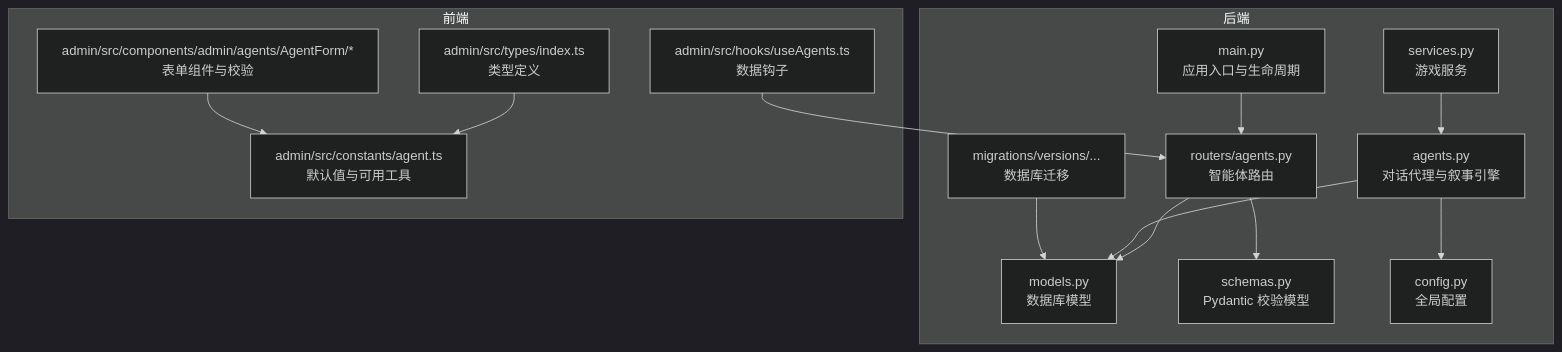
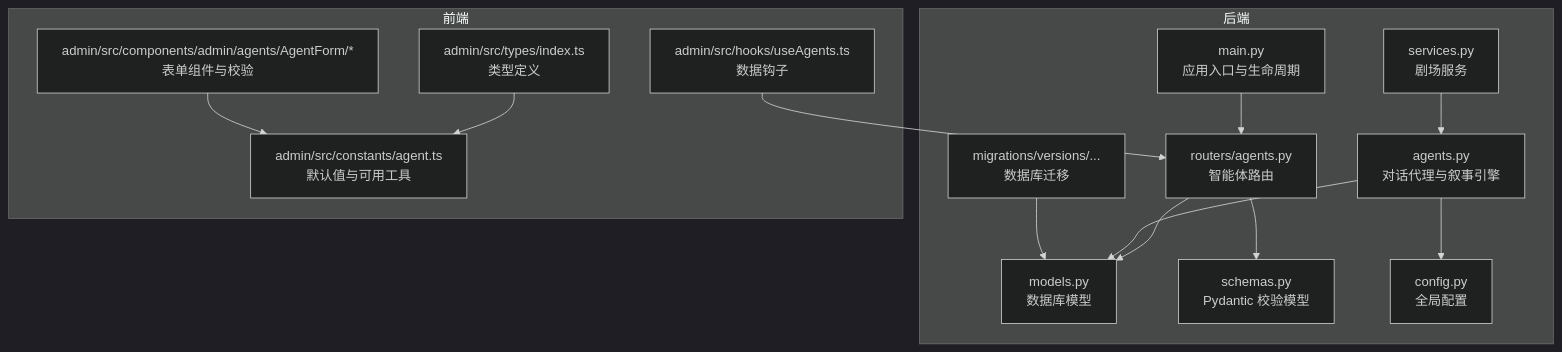
Before and after one commit to KunLabAI/KunFlix: the first of 6 diagrams in .qoder/repowiki/zh/content/数据库设计/智能体模型.md, drawn with Mermaid (dark theme). The commit also changed other lines of this file and 112 other files, not shown here.

````diff
--- a/.qoder/repowiki/zh/content/数据库设计/智能体模型.md
+++ b/.qoder/repowiki/zh/content/数据库设计/智能体模型.md
@@ -39,29 +39,29 @@
 ```mermaid
 graph TB
 subgraph "后端"
 A["models.py<br/>数据库模型"]
 B["schemas.py<br/>Pydantic 校验模型"]
 C["agents.py<br/>对话代理与叙事引擎"]
-D["services.py<br/>游戏服务"]
+D["services.py<br/>剧场服务"]
 E["routers/agents.py<br/>智能体路由"]
 F["main.py<br/>应用入口与生命周期"]
 G["config.py<br/>全局配置"]
 H["migrations/versions/...<br/>数据库迁移"]
 end
 subgraph "前端"
 I["admin/src/types/index.ts<br/>类型定义"]
 J["admin/src/constants/agent.ts<br/>默认值与可用工具"]
 K["admin/src/components/admin/agents/AgentForm/*<br/>表单组件与校验"]
 L["admin/src/hooks/useAgents.ts<br/>数据钩子"]
 end
 F --> E
 E --> A
 E --> B
 D --> C
 C --> A
 C --> G
 I --> J
 K --> J
 L --> E
 H --> A
 ```
````
